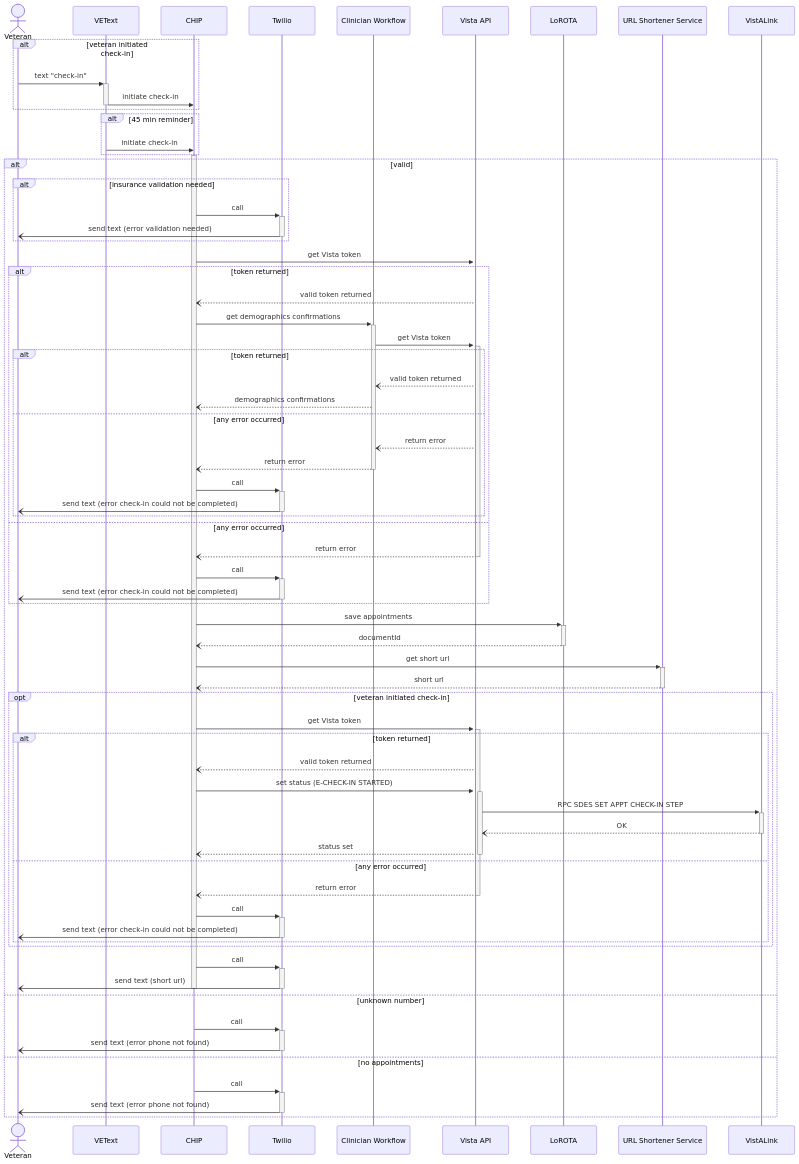
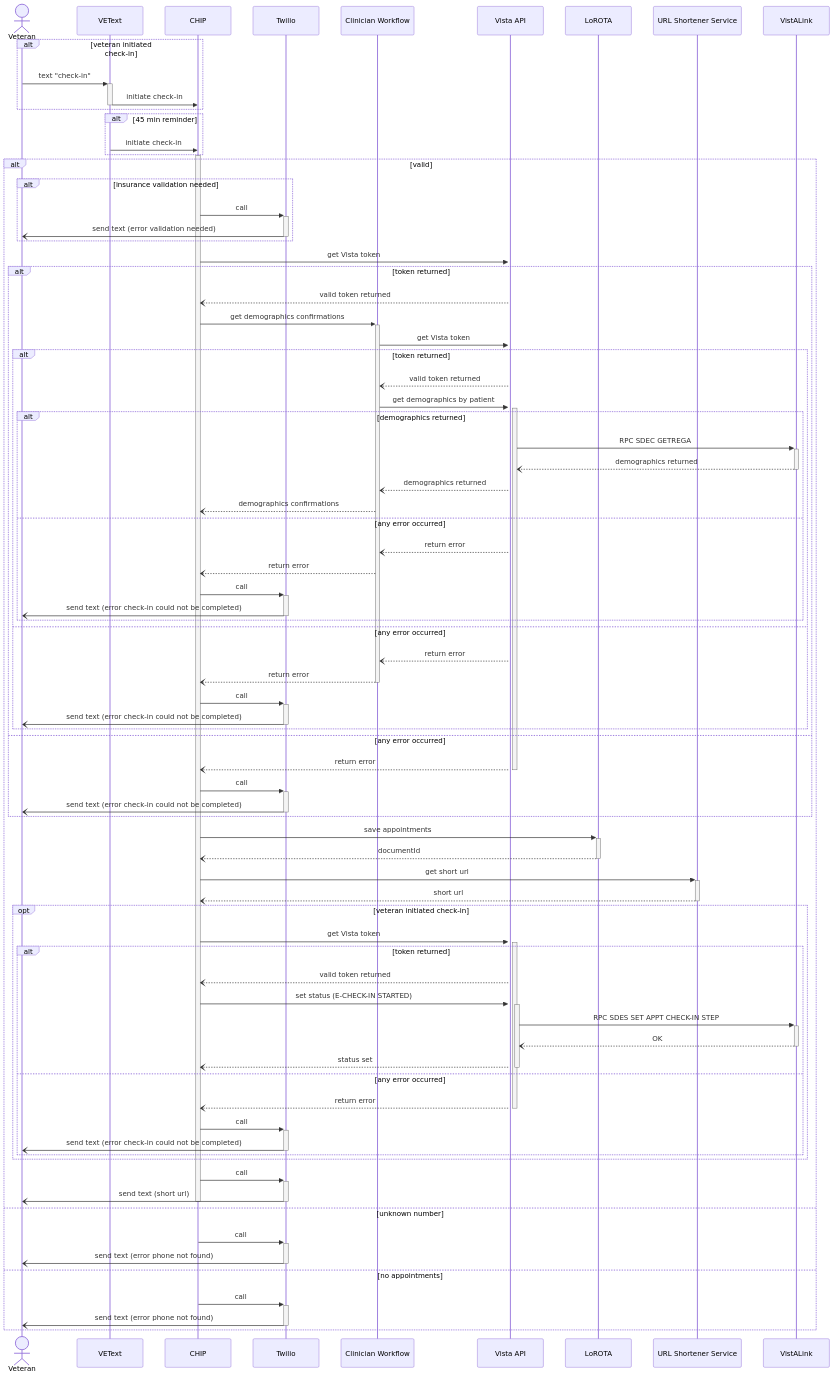
The first of 4 diagrams in products/health-care/checkin/engineering/architecture-diagrams/sequenceDiagram_checkInExp.md (department-of-veterans-affairs/va.gov-team), drawn with Mermaid before and after one commit.

```diff
--- a/products/health-care/checkin/engineering/architecture-diagrams/sequenceDiagram_checkInExp.md
+++ b/products/health-care/checkin/engineering/architecture-diagrams/sequenceDiagram_checkInExp.md
@@ -44,7 +44,18 @@
         cw->>+va: get Vista token
         alt token returned
           va--)cw: valid token returned
-          cw--)c: demographics confirmations
+          cw->>+va: get demographics by patient
+          alt demographics returned
+            va ->>+val: RPC SDEC GETREGA
+            val--)-va: demographics returned
+            va--)cw: demographics returned
+            cw--)c: demographics confirmations
+          else any error occurred
+            va--)cw: return error
+            cw--)c: return error
+            c->>+t: call
+            t-)-vet: send text (error check-in could not be completed)
+          end
         else any error occurred
           va--)cw: return error
           cw--)-c: return error
```
